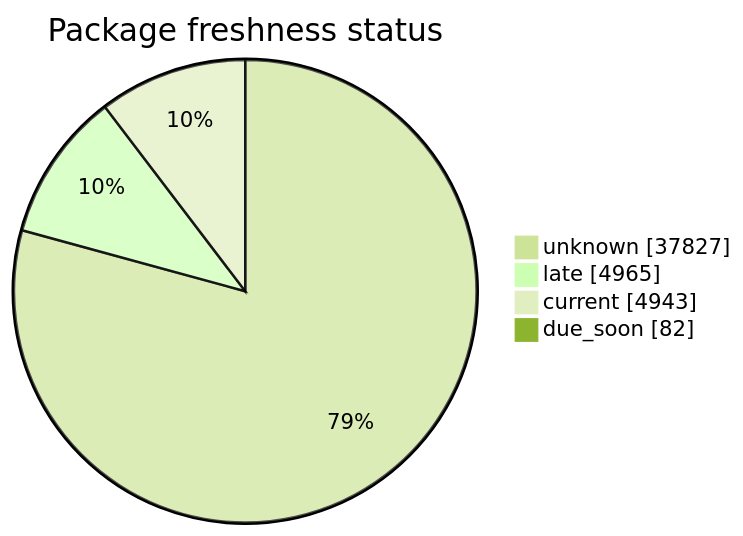
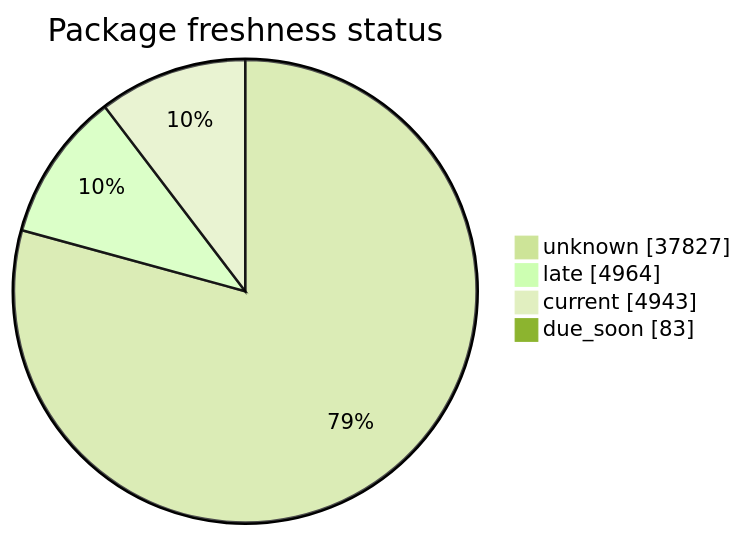
One commit to open-data/analytics-corporate-reporting changed the second of 5 diagrams in FreshCheck/README.md. Above: the diagram before and after it, drawn with Mermaid (forest theme). The commit also changed other lines of this file and 3 other files, not shown here.

````diff
--- a/FreshCheck/README.md
+++ b/FreshCheck/README.md
@@ -68,7 +68,7 @@
 ```mermaid
 pie showData title Package freshness status
     "unknown": 37827
-    "late": 4965
+    "late": 4964
     "current": 4943
-    "due_soon": 82
+    "due_soon": 83
 ```
````
